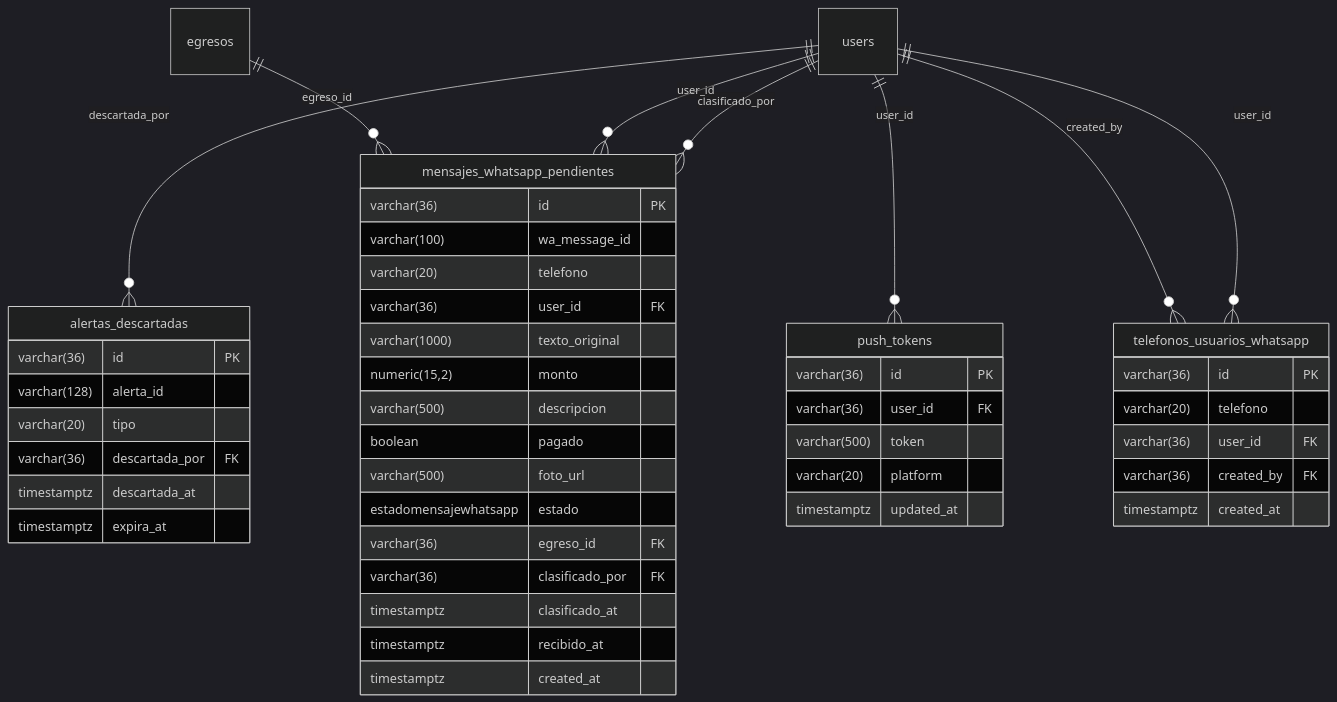
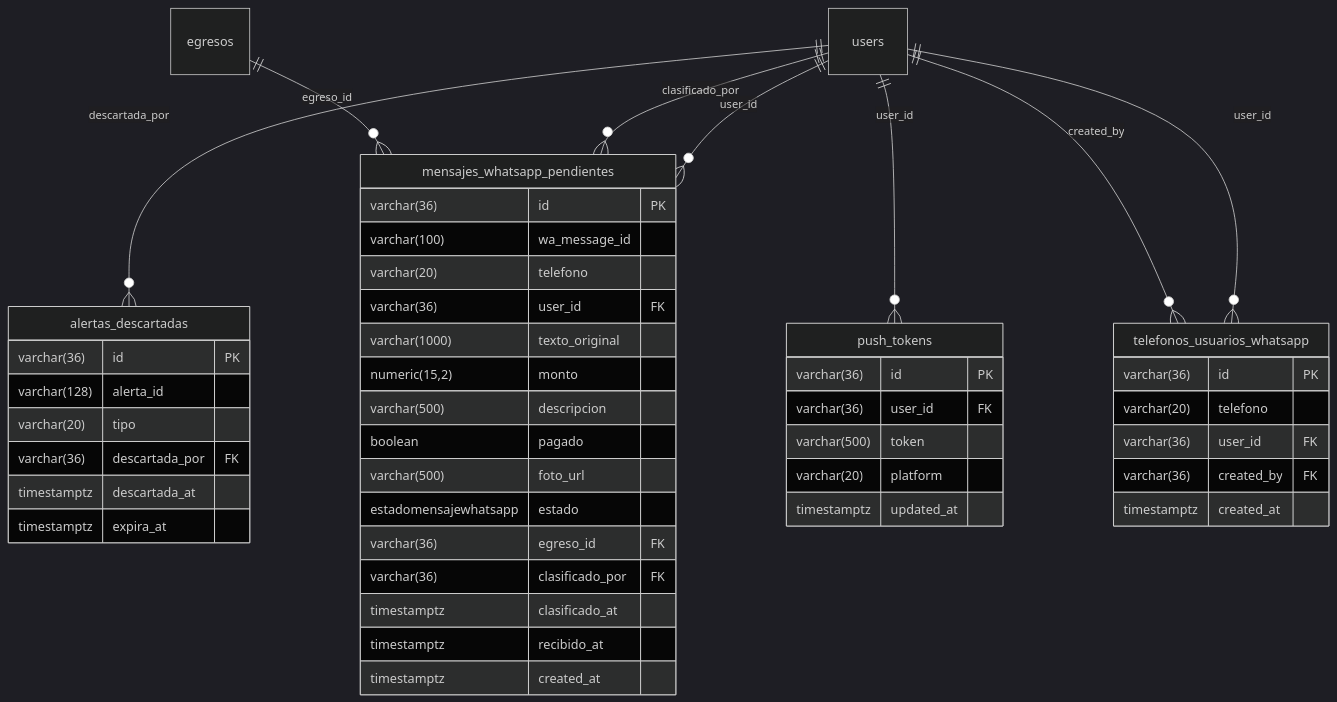
The seventh of 11 diagrams in docs/sistema/Modelo de Datos.md (FaustoYanzon/Proyecto-Gestion-Los-Lirios-), drawn with Mermaid (dark theme) before and after one commit. The commit also changed other lines of this file and 1 other file, not shown here.

````diff
--- a/docs/sistema/Modelo de Datos.md
+++ b/docs/sistema/Modelo de Datos.md
@@ -1362,49 +1438,49 @@
 ```mermaid
 erDiagram
     users ||--o{ alertas_descartadas : "descartada_por"
+    egresos ||--o{ mensajes_whatsapp_pendientes : "egreso_id"
     users ||--o{ mensajes_whatsapp_pendientes : "clasificado_por"
     users ||--o{ mensajes_whatsapp_pendientes : "user_id"
-    egresos ||--o{ mensajes_whatsapp_pendientes : "egreso_id"
     users ||--o{ push_tokens : "user_id"
+    users ||--o{ telefonos_usuarios_whatsapp : "created_by"
     users ||--o{ telefonos_usuarios_whatsapp : "user_id"
-    users ||--o{ telefonos_usuarios_whatsapp : "created_by"
     mensajes_whatsapp_pendientes {
         varchar(36) id PK
         varchar(100) wa_message_id
         varchar(20) telefono
         varchar(36) user_id FK
         varchar(1000) texto_original
         numeric(15,2) monto
         varchar(500) descripcion
         boolean pagado
         varchar(500) foto_url
         estadomensajewhatsapp estado
         varchar(36) egreso_id FK
         varchar(36) clasificado_por FK
         timestamptz clasificado_at
         timestamptz recibido_at
         timestamptz created_at
     }
     telefonos_usuarios_whatsapp {
         varchar(36) id PK
         varchar(20) telefono
         varchar(36) user_id FK
         varchar(36) created_by FK
         timestamptz created_at
     }
     push_tokens {
         varchar(36) id PK
         varchar(36) user_id FK
         varchar(500) token
         varchar(20) platform
         timestamptz updated_at
     }
     alertas_descartadas {
         varchar(36) id PK
         varchar(128) alerta_id
         varchar(20) tipo
         varchar(36) descartada_por FK
         timestamptz descartada_at
         timestamptz expira_at
     }
 ```
````
